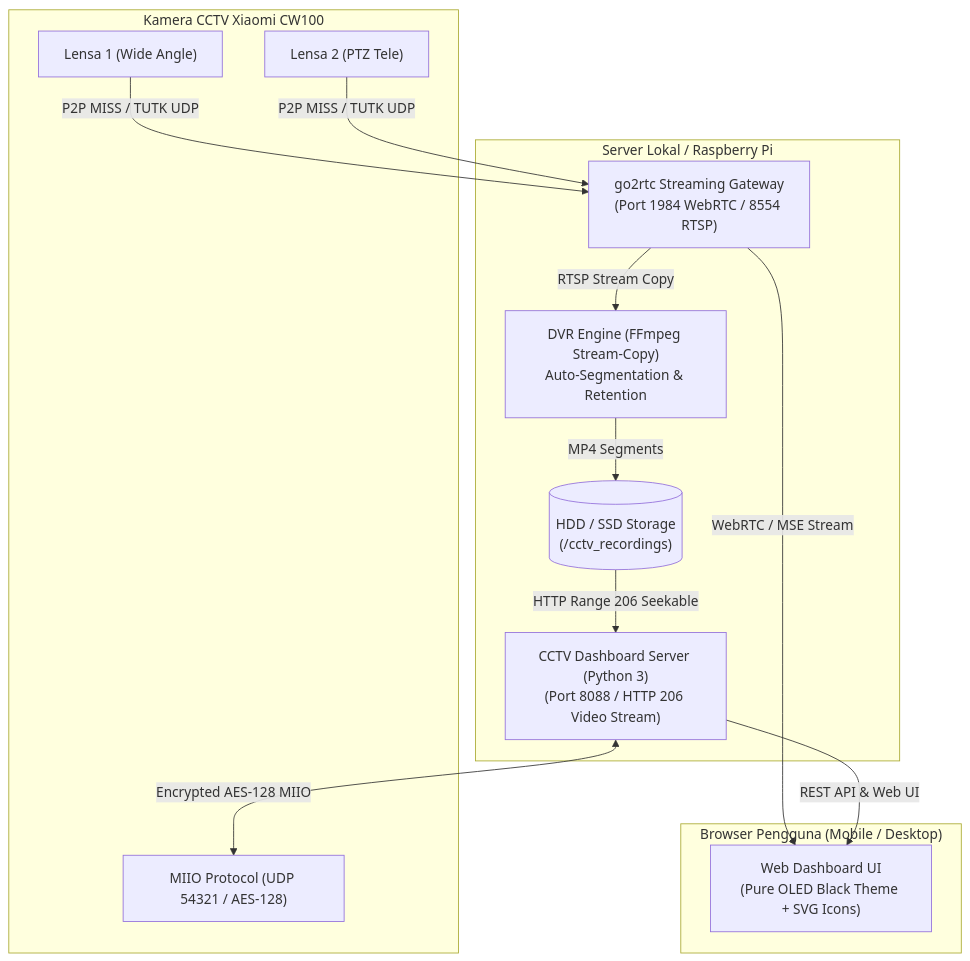
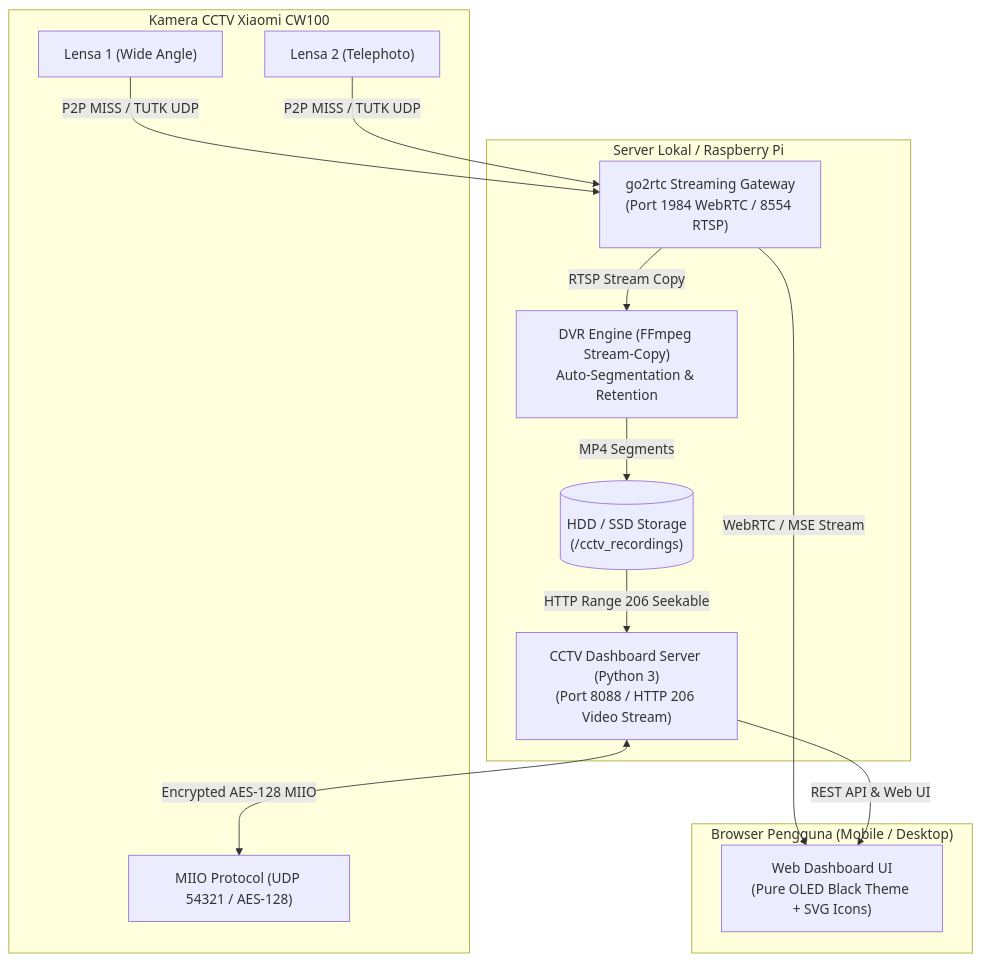
One commit to kaivyy/micam changed the diagram in README.md. Above: the diagram before and after it, drawn with Mermaid. The commit also changed other lines of this file and 2 other files, not shown here.

Commit message:
fix: refine 24h timeline playback logic with accurate recording detection and remove PTZ controller for fixed dual-lens CW100

````diff
--- a/README.md
+++ b/README.md
@@ -74,29 +71,29 @@
 ```mermaid
 flowchart TD
     subgraph Xiaomi_Hardware ["Kamera CCTV Xiaomi CW100"]
         CAM_L1["Lensa 1 (Wide Angle)"]
-        CAM_L2["Lensa 2 (PTZ Tele)"]
+        CAM_L2["Lensa 2 (Telephoto)"]
         CAM_RPC["MIIO Protocol (UDP 54321 / AES-128)"]
     end
 
     subgraph Server_Backend ["Server Lokal / Raspberry Pi"]
         G2R["go2rtc Streaming Gateway<br/>(Port 1984 WebRTC / 8554 RTSP)"]
         SRV["CCTV Dashboard Server (Python 3)<br/>(Port 8088 / HTTP 206 Video Stream)"]
         DVR["DVR Engine (FFmpeg Stream-Copy)<br/>Auto-Segmentation & Retention"]
         STORE[("HDD / SSD Storage<br/>(/cctv_recordings)")]
     end
 
     subgraph Client ["Browser Pengguna (Mobile / Desktop)"]
         UI["Web Dashboard UI<br/>(Pure OLED Black Theme + SVG Icons)"]
     end
 
     CAM_L1 -->|P2P MISS / TUTK UDP| G2R
     CAM_L2 -->|P2P MISS / TUTK UDP| G2R
     SRV <-->|Encrypted AES-128 MIIO| CAM_RPC
 
     G2R -->|WebRTC / MSE Stream| UI
     G2R -->|RTSP Stream Copy| DVR
     DVR -->|MP4 Segments| STORE
     STORE -->|HTTP Range 206 Seekable| SRV
     SRV -->|REST API & Web UI| UI
 ```
````
